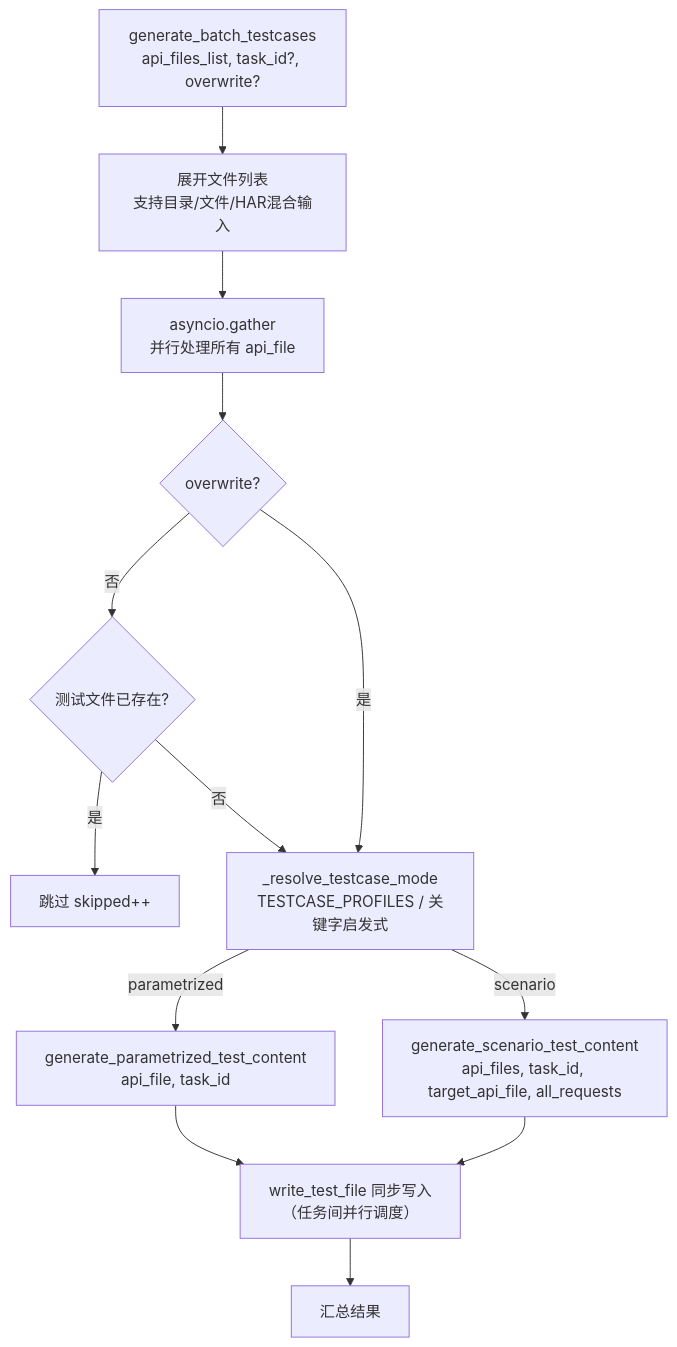
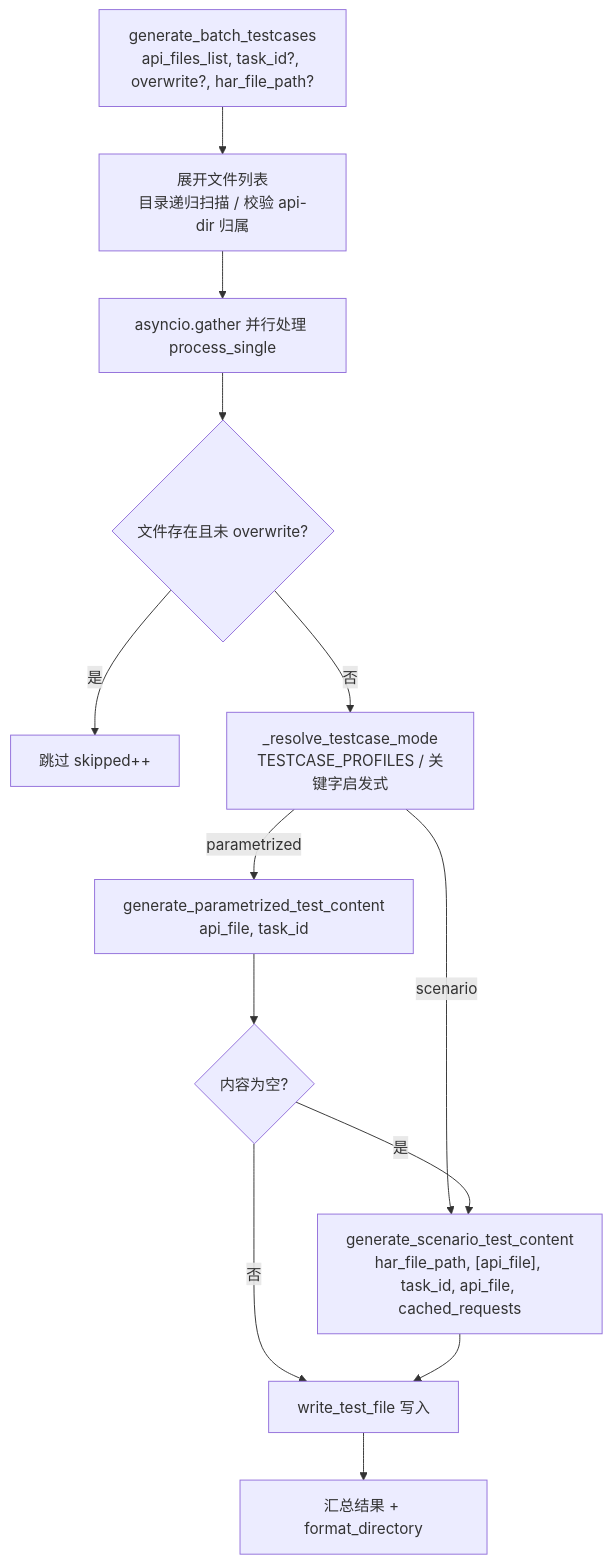
The third of 3 diagrams in docs/testcase_generation_modes.md (hewei198711/har2pytest), drawn with Mermaid before and after one commit. The commit also changed other lines of this file and 14 other files, not shown here.

````diff
--- a/docs/testcase_generation_modes.md
+++ b/docs/testcase_generation_modes.md
@@ -312,15 +429,15 @@
 ```mermaid
 flowchart TD
-    A["generate_batch_testcases<br/>api_files_list, task_id?, overwrite?"] --> B["展开文件列表<br/>支持目录/文件/HAR混合输入"]
-    B --> C["asyncio.gather<br/>并行处理所有 api_file"]
-    C --> D{overwrite?}
-    D -->|否| E{测试文件已存在?}
-    E -->|是| F["跳过 skipped++"]
-    D -->|是| G["_resolve_testcase_mode<br/>TESTCASE_PROFILES / 关键字启发式"]
-    E -->|否| G
-    G -->|parametrized| H["generate_parametrized_test_content<br/>api_file, task_id"]
-    G -->|scenario| I["generate_scenario_test_content<br/>api_files, task_id, target_api_file, all_requests"]
-    H --> J["write_test_file 同步写入<br/>（任务间并行调度）"]
-    I --> J
-    J --> K["汇总结果"]
+    A["generate_batch_testcases<br/>api_files_list, task_id?, overwrite?, har_file_path?"] --> B["展开文件列表<br/>目录递归扫描 / 校验 api-dir 归属"]
+    B --> C["asyncio.gather 并行处理 process_single"]
+    C --> D{文件存在且未 overwrite?}
+    D -->|是| E["跳过 skipped++"]
+    D -->|否| F["_resolve_testcase_mode<br/>TESTCASE_PROFILES / 关键字启发式"]
+    F -->|parametrized| G["generate_parametrized_test_content<br/>api_file, task_id"]
+    F -->|scenario| H["generate_scenario_test_content<br/>har_file_path, [api_file], task_id, api_file, cached_requests"]
+    G --> I{内容为空?}
+    I -->|是| H
+    I -->|否| J["write_test_file 写入"]
+    H --> J
+    J --> K["汇总结果 + format_directory"]
 ```
````
